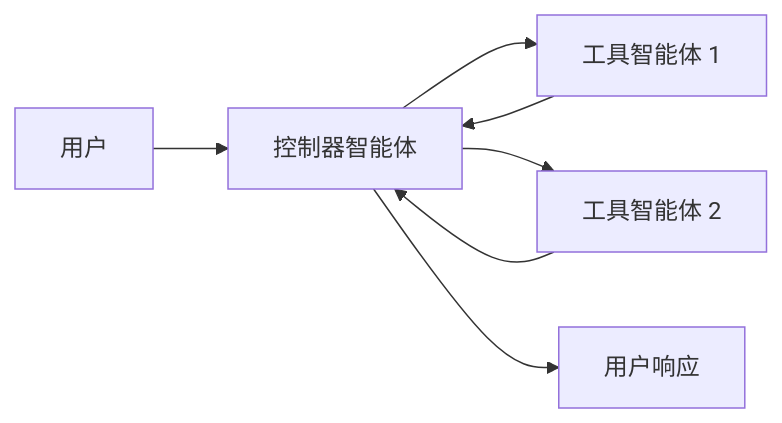
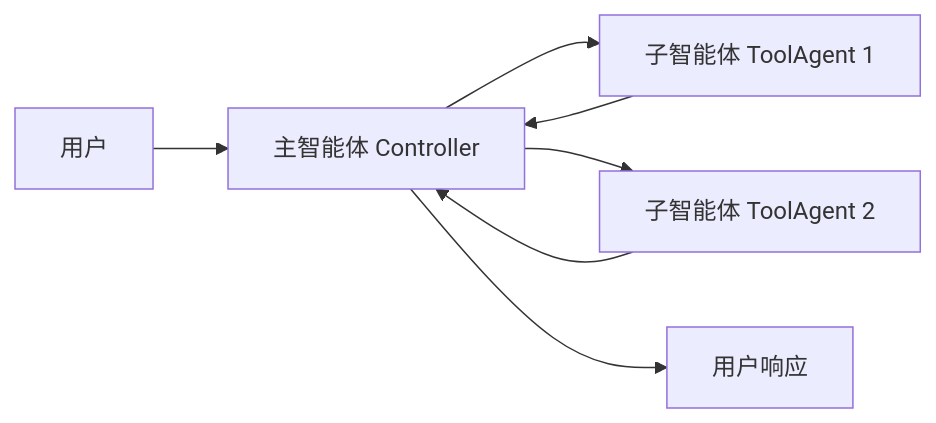
One commit to buffaloboyhlh/interviews changed the first of 2 diagrams in docs/llmapps/langchain/advanced-usage/Multi-agent.md. Above: the diagram before and after it, drawn with Mermaid. The commit also changed other lines of this file and 7 other files, not shown here.

````diff
--- a/docs/llmapps/langchain/advanced-usage/Multi-agent.md
+++ b/docs/llmapps/langchain/advanced-usage/Multi-agent.md
@@ -54,9 +48,9 @@
 ```mermaid
 graph LR
-    A[用户] --> B[控制器智能体]
-    B --> C[工具智能体 1]
-    B --> D[工具智能体 2]
+    A[用户] --> B[主智能体 Controller]
+    B --> C[子智能体 ToolAgent 1]
+    B --> D[子智能体 ToolAgent 2]
     C --> B
     D --> B
     B --> E[用户响应]
 ```
````
